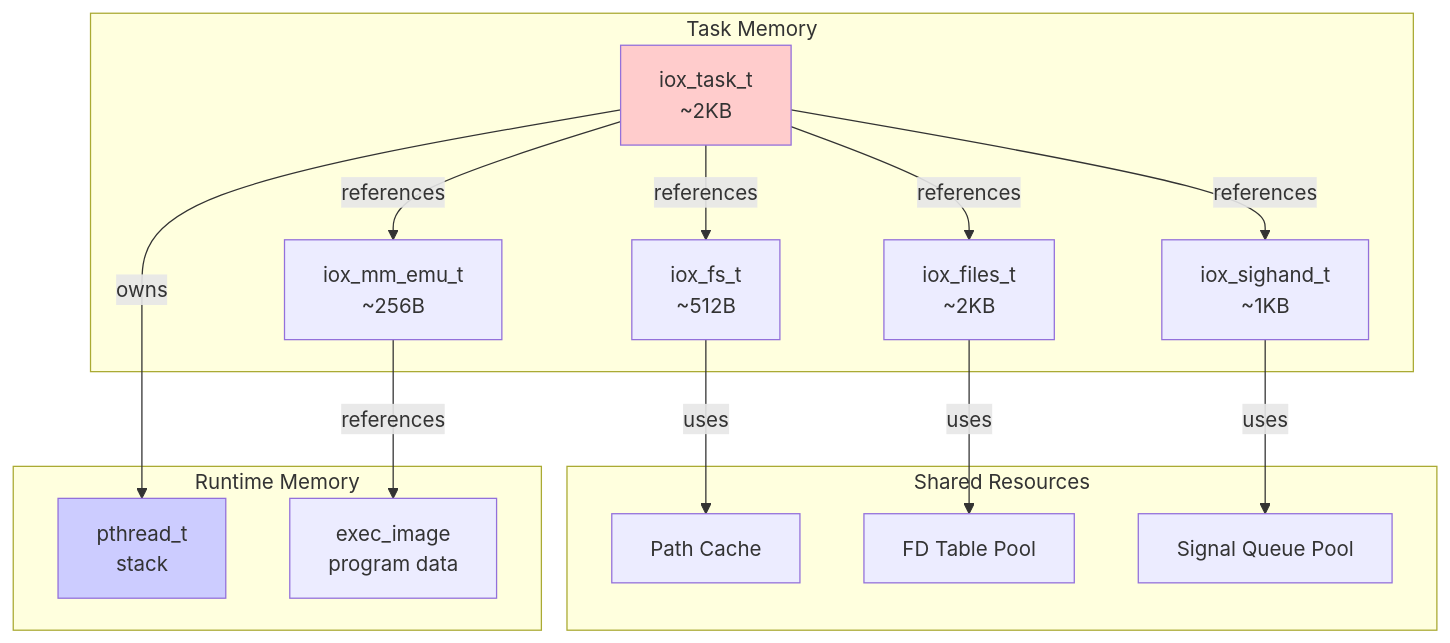
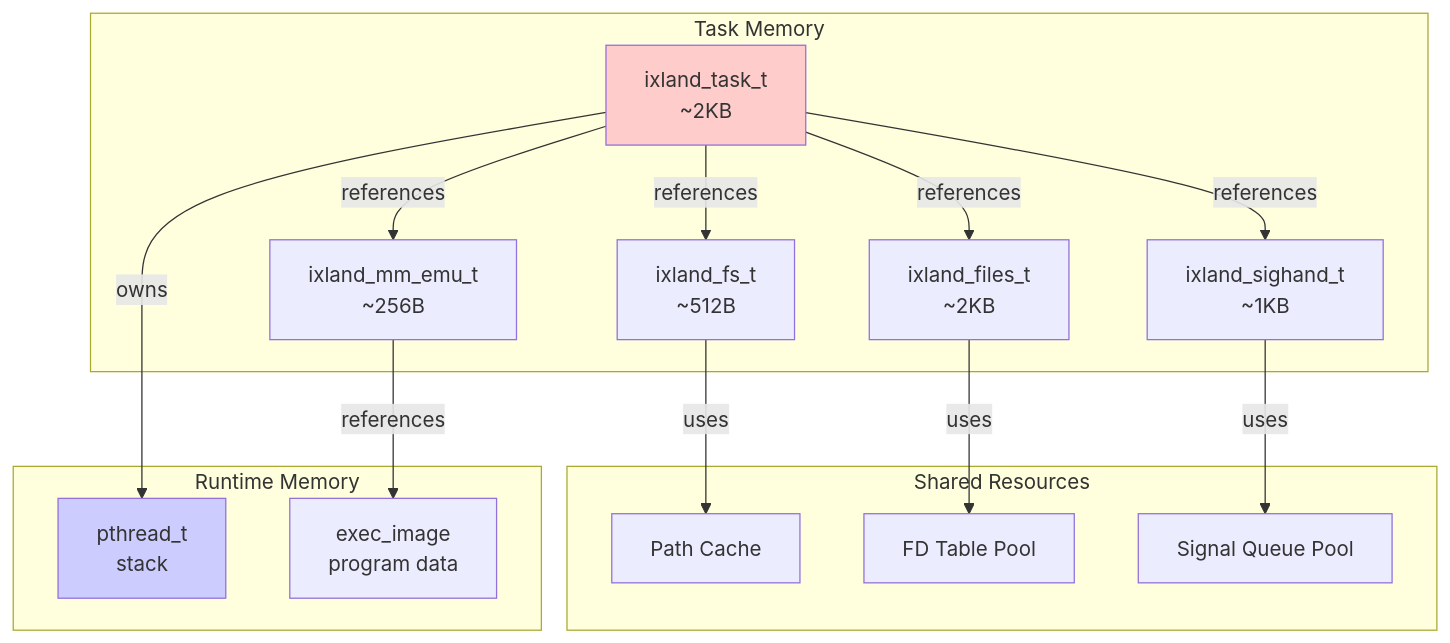
One commit to rudironsoni/ixland changed the tenth of 15 diagrams in docs/ARCHITECTURE_POST_MISSION.md. Above: the diagram before and after it, drawn with Mermaid. The commit also changed other lines of this file and 268 other files, not shown here.

Commit message:
refactor(naming): migrate remaining iox identifiers to ixland

````diff
--- a/docs/ARCHITECTURE_POST_MISSION.md
+++ b/docs/ARCHITECTURE_POST_MISSION.md
@@ -424,36 +424,36 @@
 ```mermaid
 flowchart TD
     subgraph TaskMem["Task Memory"]
-        TaskStruct["iox_task_t<br/>~2KB"]
-        SigHand["iox_sighand_t<br/>~1KB"]
-        Files["iox_files_t<br/>~2KB"]
-        Fs["iox_fs_t<br/>~512B"]
-        MM["iox_mm_emu_t<br/>~256B"]
+        TaskStruct["ixland_task_t<br/>~2KB"]
+        SigHand["ixland_sighand_t<br/>~1KB"]
+        Files["ixland_files_t<br/>~2KB"]
+        Fs["ixland_fs_t<br/>~512B"]
+        MM["ixland_mm_emu_t<br/>~256B"]
     end
 
     subgraph Shared["Shared Resources"]
         PathCache["Path Cache"]
         FdTable["FD Table Pool"]
         SigQueue["Signal Queue Pool"]
     end
 
     subgraph Runtime["Runtime Memory"]
         Thread["pthread_t<br/>stack"]
         ExecImage["exec_image<br/>program data"]
     end
 
     TaskStruct -->|references| SigHand
     TaskStruct -->|references| Files
     TaskStruct -->|references| Fs
     TaskStruct -->|references| MM
 
     Files -->|uses| FdTable
     SigHand -->|uses| SigQueue
     Fs -->|uses| PathCache
 
     TaskStruct -->|owns| Thread
     MM -->|references| ExecImage
 
     style TaskStruct fill:#ffcccc
     style Thread fill:#ccccff
 ```
````
